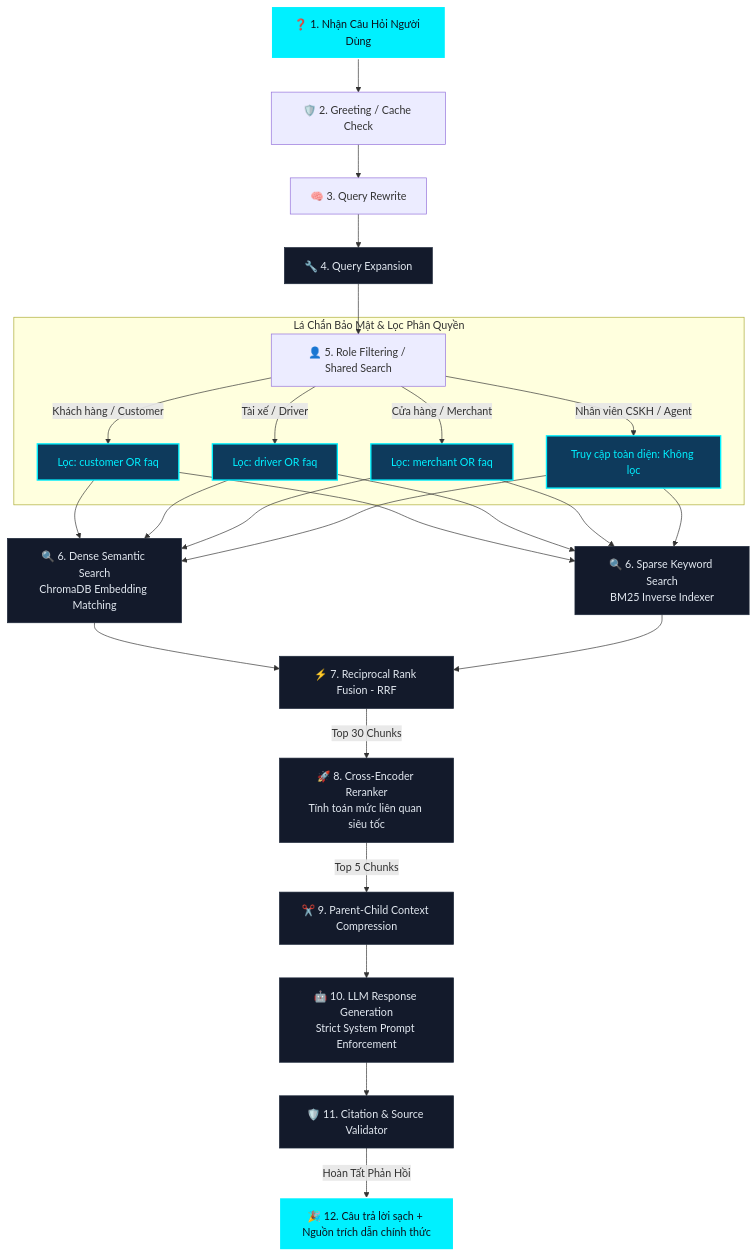
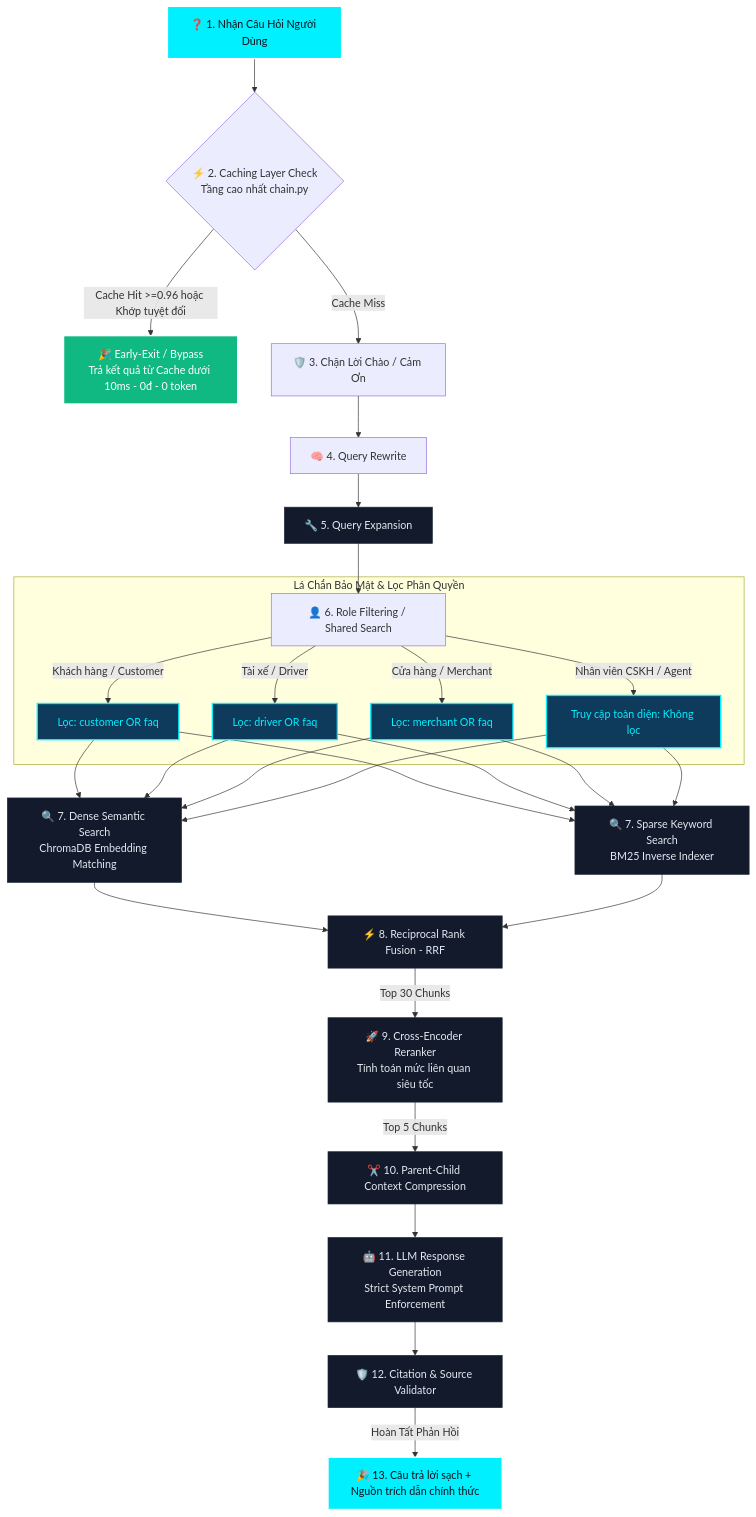
One commit to dungltcn272/XANH_SM_AI_ASSISTANT_V1 changed the diagram in MINDSET.md. Above: the diagram before and after it, drawn with Mermaid. The commit also changed other lines of this file and 4 other files, not shown here.

````diff
--- a/MINDSET.md
+++ b/MINDSET.md
@@ -24,37 +24,43 @@
 ```mermaid
 graph TD
     %% Nodes
-    Q[❓ 1. Nhận Câu Hỏi Người Dùng] --> Intercept[🛡️ 2. Greeting / Cache Check]
-    Intercept --> QR[🧠 3. Query Rewrite]
-    QR --> QE[🔧 4. Query Expansion]
-    QE --> SG[👤 5. Role Filtering / Shared Search]
+    Q[❓ 1. Nhận Câu Hỏi Người Dùng] --> CacheCheck{⚡ 2. Caching Layer Check<br>Tầng cao nhất chain.py}
+    
+    CacheCheck -->|Cache Hit >=0.96 hoặc Khớp tuyệt đối| FastReturn[🎉 Early-Exit / Bypass<br>Trả kết quả từ Cache dưới 10ms - 0đ - 0 token]
+    CacheCheck -->|Cache Miss| Intercept[🛡️ 3. Chặn Lời Chào / Cảm Ơn]
+    
+    Intercept --> QR[🧠 4. Query Rewrite]
+    QR --> QE[🔧 5. Query Expansion]
+    QE --> SG[👤 6. Role Filtering / Shared Search]
 
     subgraph Security_Gate [Lá Chắn Bảo Mật & Lọc Phân Quyền]
         SG -->|Khách hàng / Customer| F_Cust[Lọc: customer OR faq]
         SG -->|Tài xế / Driver| F_Driv[Lọc: driver OR faq]
         SG -->|Cửa hàng / Merchant| F_Merc[Lọc: merchant OR faq]
         SG -->|Nhân viên CSKH / Agent| F_Agent[Truy cập toàn diện: Không lọc]
     end
 
-    F_Cust & F_Driv & F_Merc & F_Agent --> Dense[🔍 6. Dense Semantic Search<br>ChromaDB Embedding Matching]
-    F_Cust & F_Driv & F_Merc & F_Agent --> Sparse[🔍 6. Sparse Keyword Search<br>BM25 Inverse Indexer]
+    F_Cust & F_Driv & F_Merc & F_Agent --> Dense[🔍 7. Dense Semantic Search<br>ChromaDB Embedding Matching]
+    F_Cust & F_Driv & F_Merc & F_Agent --> Sparse[🔍 7. Sparse Keyword Search<br>BM25 Inverse Indexer]
 
-    Dense --> RRF[⚡ 7. Reciprocal Rank Fusion - RRF]
+    Dense --> RRF[⚡ 8. Reciprocal Rank Fusion - RRF]
     Sparse --> RRF
 
-    RRF -->|Top 30 Chunks| Rerank[🚀 8. Cross-Encoder Reranker<br>Tính toán mức liên quan siêu tốc]
-    Rerank -->|Top 5 Chunks| Compress[✂️ 9. Parent-Child Context Compression]
-    Compress --> LLM[🤖 10. LLM Response Generation<br>Strict System Prompt Enforcement]
-    LLM --> Citation[🛡️ 11. Citation & Source Validator]
+    RRF -->|Top 30 Chunks| Rerank[🚀 9. Cross-Encoder Reranker<br>Tính toán mức liên quan siêu tốc]
+    Rerank -->|Top 5 Chunks| Compress[✂️ 10. Parent-Child Context Compression]
+    Compress --> LLM[🤖 11. LLM Response Generation<br>Strict System Prompt Enforcement]
+    LLM --> Citation[🛡️ 12. Citation & Source Validator]
 
-    Citation -->|Hoàn Tất Phản Hồi| Answer[🎉 12. Câu trả lời sạch + Nguồn trích dẫn chính thức]
+    Citation -->|Hoàn Tất Phản Hồi| Answer[🎉 13. Câu trả lời sạch + Nguồn trích dẫn chính thức]
 
     %% Styles
     classDef highlight fill:#00f0ff,stroke:#ffffff,stroke-width:2px,color:#0c101b;
     classDef security fill:#0e3a5c,stroke:#00f0ff,stroke-width:2px,color:#00f0ff;
     classDef standard fill:#131a2b,stroke:#1e293b,stroke-width:1px,color:#e2e8f0;
+    classDef cacheHit fill:#10b981,stroke:#ffffff,stroke-width:2px,color:#ffffff;
     
     class Q,Answer highlight;
+    class FastReturn cacheHit;
     class R,F_Cust,F_Driv,F_Merc,F_Agent security;
     class QE,Dense,Sparse,RRF,Rerank,Compress,LLM,Citation standard;
 ```
````
